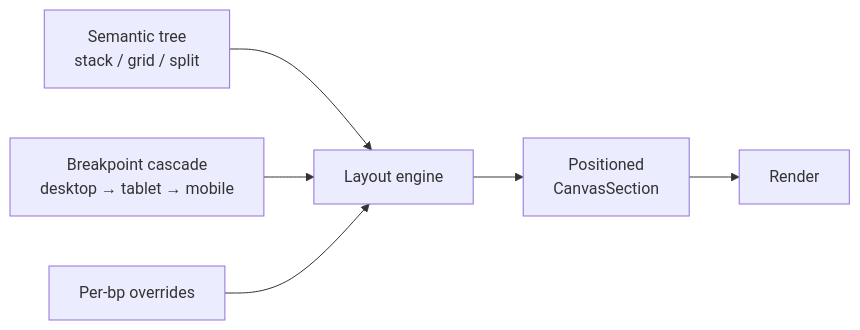
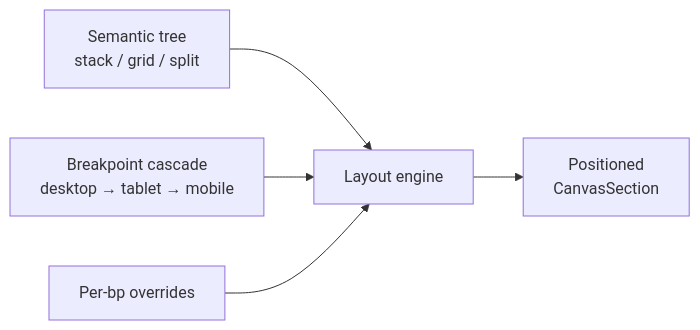
Before and after one commit to aayushman-singh/open-canvas: the eighth of 35 diagrams in docs/demo/diagrams/live-draw-reference.md, drawn with Mermaid. The commit also changed other lines of this file and 1 other file, not shown here.

````diff
--- a/docs/demo/diagrams/live-draw-reference.md
+++ b/docs/demo/diagrams/live-draw-reference.md
@@ -268,8 +287,7 @@
 ```mermaid
 flowchart LR
   tree[Semantic tree<br/>stack / grid / split] --> resolve[Layout engine]
   bp[Breakpoint cascade<br/>desktop → tablet → mobile] --> resolve
   over[Per-bp overrides] --> resolve
   resolve --> sec[Positioned<br/>CanvasSection]
-  sec --> render[Render]
 ```
````
